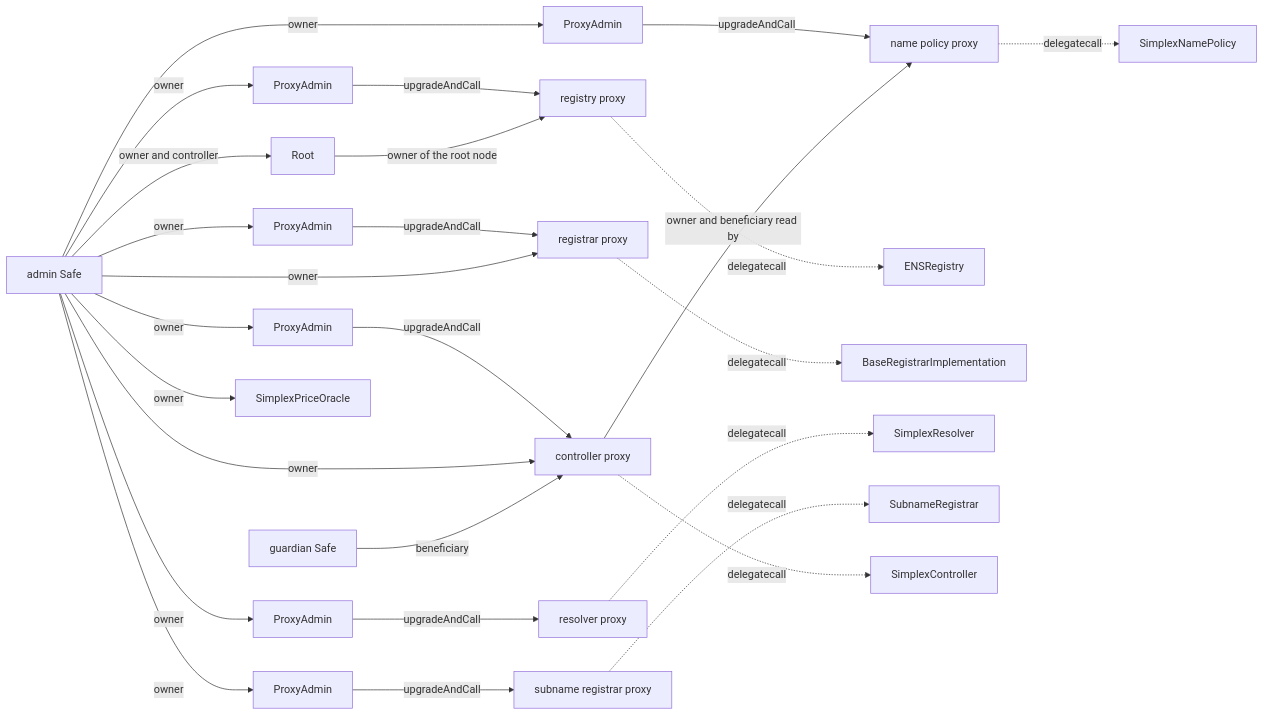
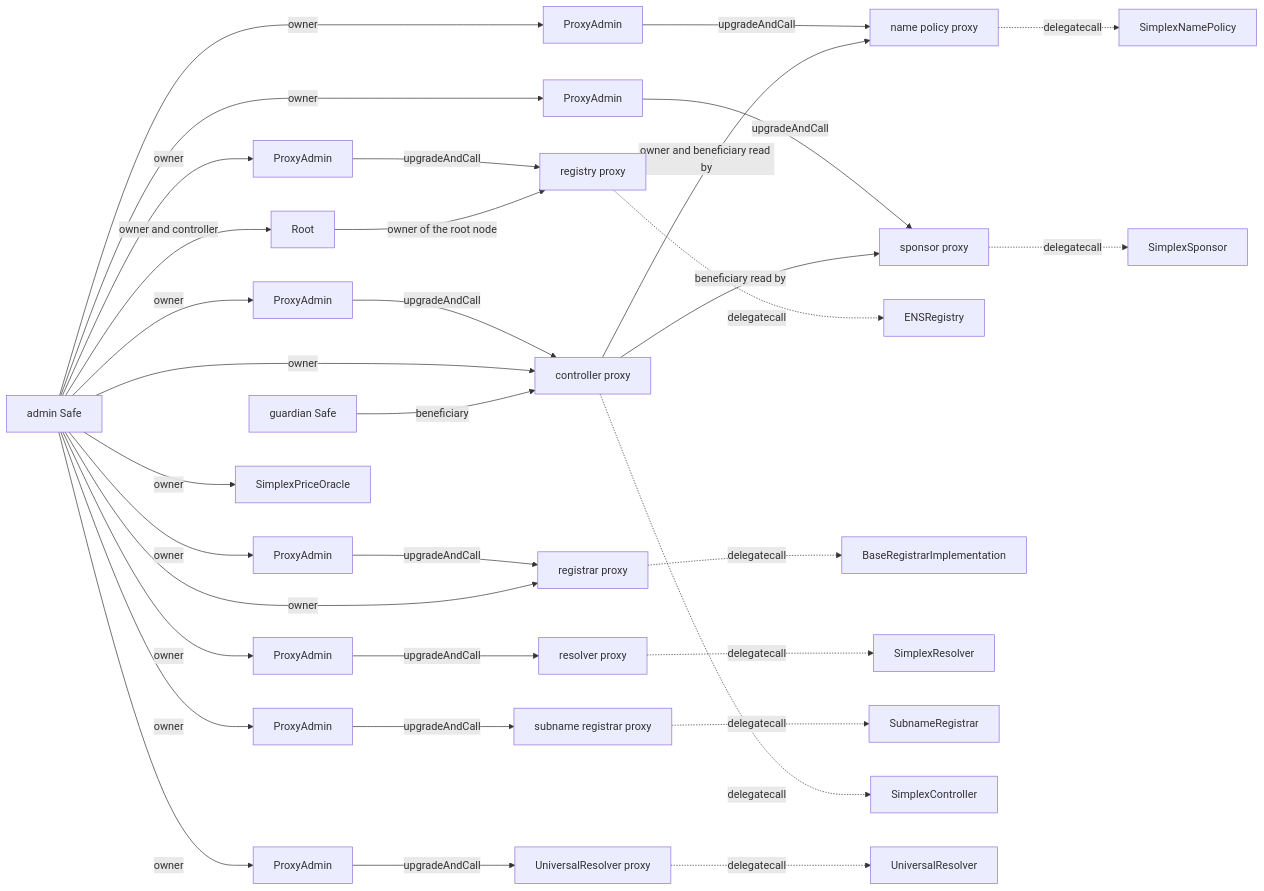
Before and after one commit to brenzi-agent/simplex-namespace-contract: the first of 6 diagrams in docs/plans/upgradeable-stack.md, drawn with Mermaid. The commit also changed other lines of this file and 3 other files, not shown here.

Commit message:
docs: plan of eight upgradeable contracts and the goal architecture

````diff
--- a/docs/plans/upgradeable-stack.md
+++ b/docs/plans/upgradeable-stack.md
@@ -91,30 +112,37 @@
 ```mermaid
 flowchart LR
   Admin[admin Safe]
   Guardian[guardian Safe]
   Admin -->|owner| PAR[ProxyAdmin]
   Admin -->|owner| PAB[ProxyAdmin]
   Admin -->|owner| PAS[ProxyAdmin]
   Admin -->|owner| PAN[ProxyAdmin]
   Admin -->|owner| PAC[ProxyAdmin]
   Admin -->|owner| PAP[ProxyAdmin]
+  Admin -->|owner| PAO[ProxyAdmin]
+  Admin -->|owner| PAU[ProxyAdmin]
   PAR -->|upgradeAndCall| PR[registry proxy]
   PAB -->|upgradeAndCall| PB[registrar proxy]
   PAS -->|upgradeAndCall| PS[resolver proxy]
   PAN -->|upgradeAndCall| PN[subname registrar proxy]
   PAC -->|upgradeAndCall| PC[controller proxy]
   PAP -->|upgradeAndCall| PP[name policy proxy]
+  PAO -->|upgradeAndCall| PO[sponsor proxy]
+  PAU -->|upgradeAndCall| PU[UniversalResolver proxy]
   PR -.->|delegatecall| IR[ENSRegistry]
   PB -.->|delegatecall| IB[BaseRegistrarImplementation]
   PS -.->|delegatecall| IS[SimplexResolver]
   PN -.->|delegatecall| IN[SubnameRegistrar]
   PC -.->|delegatecall| IC[SimplexController]
   PP -.->|delegatecall| IP[SimplexNamePolicy]
+  PO -.->|delegatecall| IO[SimplexSponsor]
+  PU -.->|delegatecall| IU[UniversalResolver]
   Admin -->|owner| PC
   Admin -->|owner| PB
   Admin -->|owner| Oracle[SimplexPriceOracle]
   Admin -->|owner and controller| Root
   Root -->|owner of the root node| PR
   Guardian -->|beneficiary| PC
   PC -->|owner and beneficiary read by| PP
+  PC -->|beneficiary read by| PO
 ```
````
